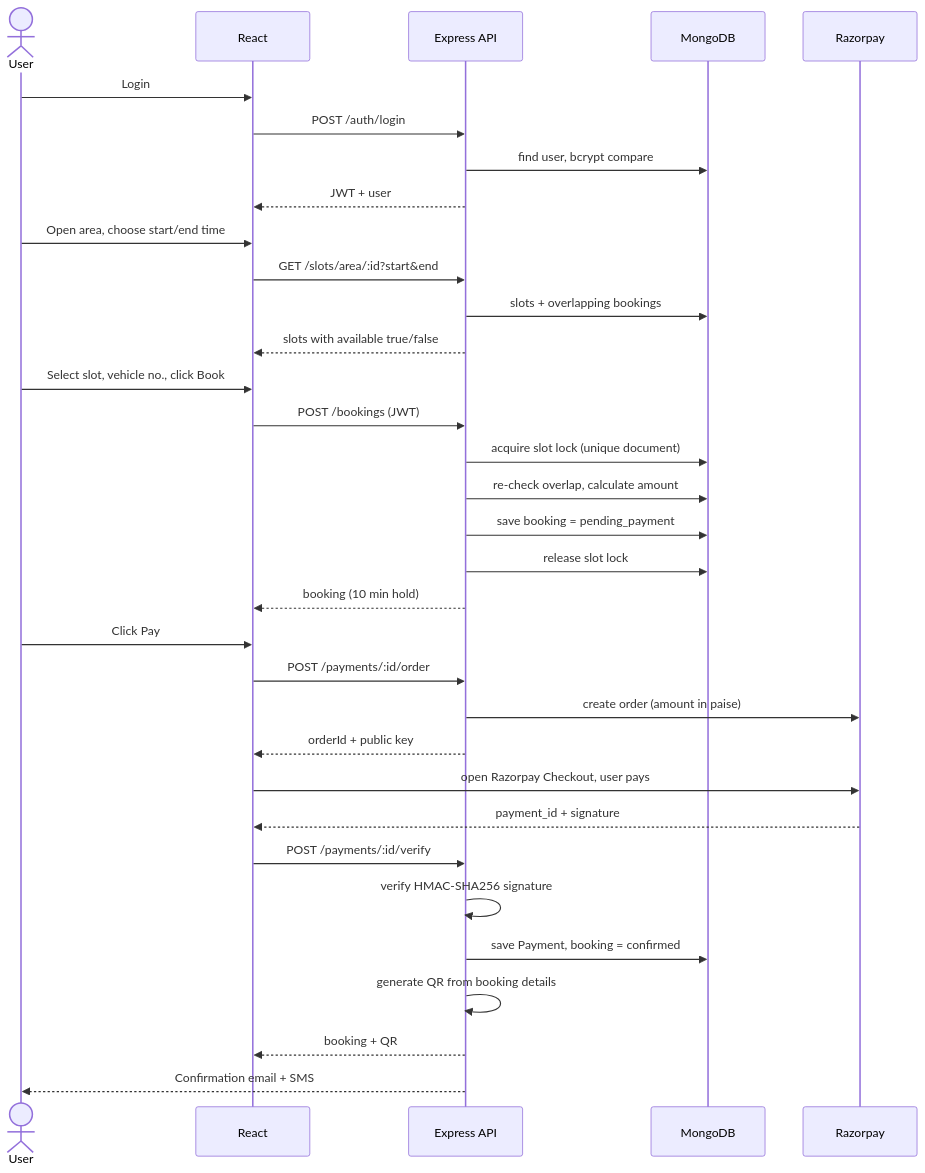
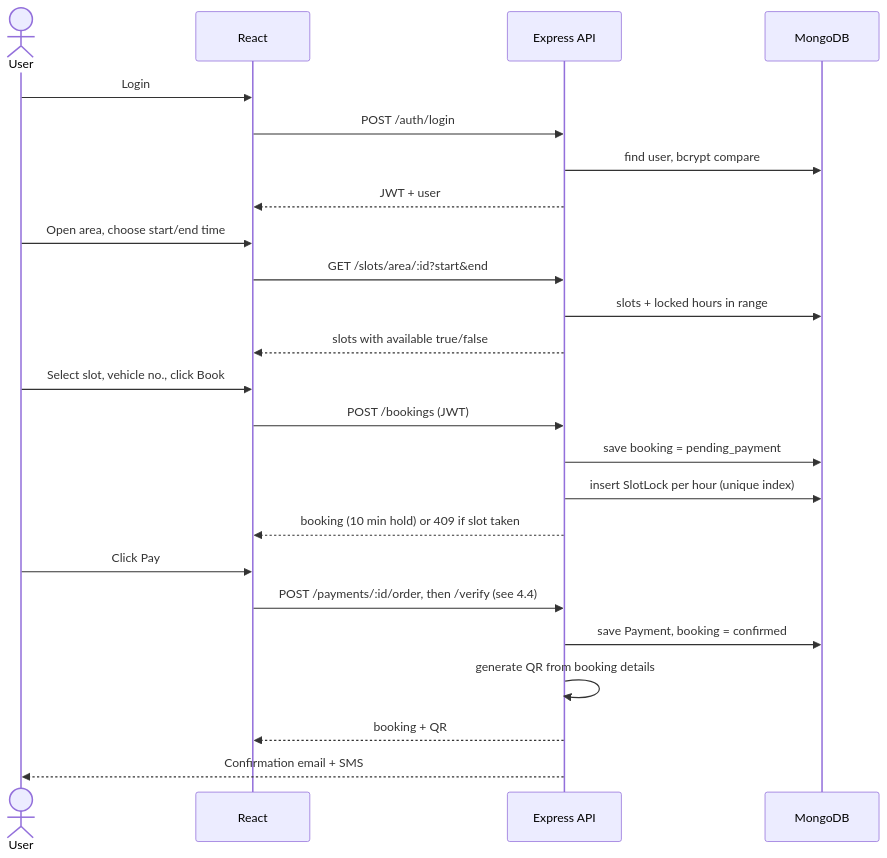
Before and after one commit to krushna1845/parkease: the fifth of 8 diagrams in parkease/README.md, drawn with Mermaid. The commit also changed other lines of this file, not shown here.

````diff
--- a/parkease/README.md
+++ b/parkease/README.md
@@ -111,35 +112,26 @@
 ```mermaid
 sequenceDiagram
   actor U as User
   participant FE as React
   participant API as Express API
   participant DB as MongoDB
-  participant RZP as Razorpay
   U->>FE: Login
   FE->>API: POST /auth/login
   API->>DB: find user, bcrypt compare
   API-->>FE: JWT + user
   U->>FE: Open area, choose start/end time
   FE->>API: GET /slots/area/:id?start&end
-  API->>DB: slots + overlapping bookings
+  API->>DB: slots + locked hours in range
   API-->>FE: slots with available true/false
   U->>FE: Select slot, vehicle no., click Book
   FE->>API: POST /bookings (JWT)
-  API->>DB: acquire slot lock (unique document)
-  API->>DB: re-check overlap, calculate amount
   API->>DB: save booking = pending_payment
-  API->>DB: release slot lock
-  API-->>FE: booking (10 min hold)
+  API->>DB: insert SlotLock per hour (unique index)
+  API-->>FE: booking (10 min hold) or 409 if slot taken
   U->>FE: Click Pay
-  FE->>API: POST /payments/:id/order
-  API->>RZP: create order (amount in paise)
-  API-->>FE: orderId + public key
-  FE->>RZP: open Razorpay Checkout, user pays
-  RZP-->>FE: payment_id + signature
-  FE->>API: POST /payments/:id/verify
-  API->>API: verify HMAC-SHA256 signature
+  FE->>API: POST /payments/:id/order, then /verify (see 4.4)
   API->>DB: save Payment, booking = confirmed
   API->>API: generate QR from booking details
   API-->>FE: booking + QR
   API-->>U: Confirmation email + SMS
 ```
````
